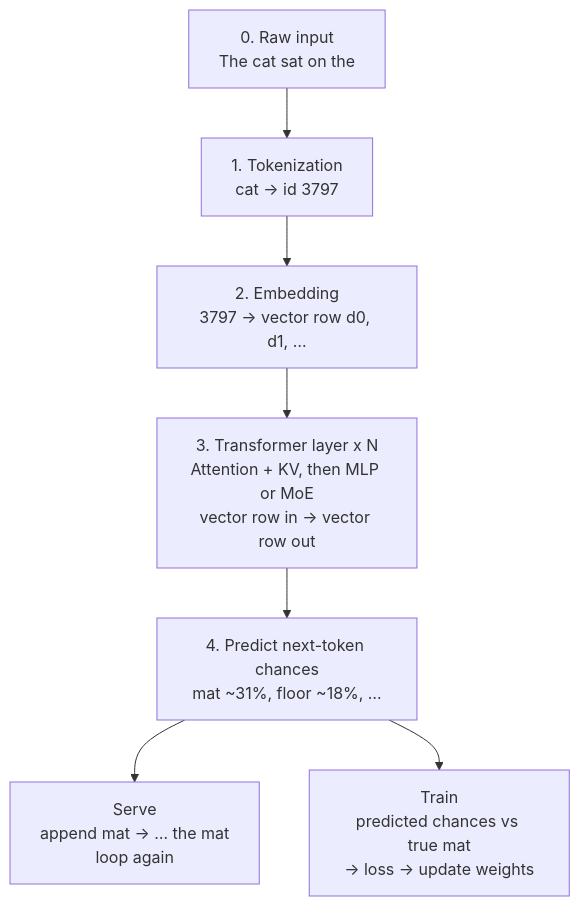
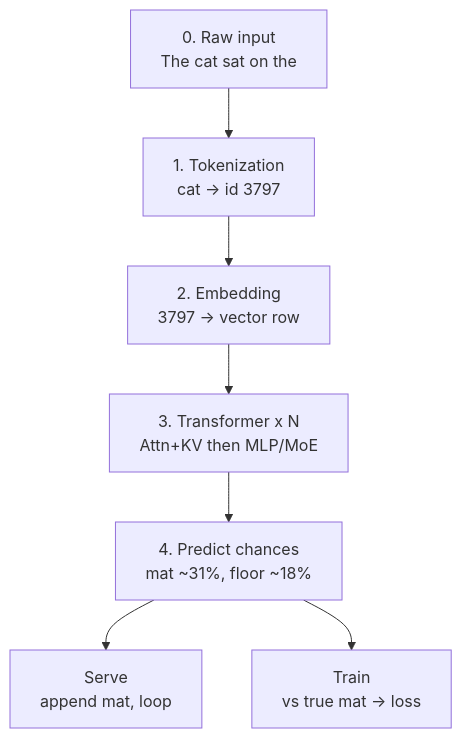
The first of 2 diagrams in README.md (Vince-0/AI_Theory), drawn with Mermaid before and after one commit. The commit also changed other lines of this file and 1 other file, not shown here.

Commit message:
Add sequence-of-rows figure; shorten Mermaid labels to avoid clipping.

````diff
--- a/README.md
+++ b/README.md
@@ -53,24 +53,14 @@
 ```mermaid
 flowchart TD
-  s0["0. Raw input
-The cat sat on the"]
-  s1["1. Tokenization
-cat → id 3797"]
-  s2["2. Embedding
-3797 → vector row d0, d1, …"]
-  s3["3. Transformer layer x N
-Attention + KV, then MLP or MoE
-vector row in → vector row out"]
-  s4["4. Predict next-token chances
-mat ~31%, floor ~18%, …"]
-  serve["Serve
-append mat → … the mat
-loop again"]
-  train["Train
-predicted chances vs true mat
-→ loss → update weights"]
+  s0["0. Raw input<br/>The cat sat on the"]
+  s1["1. Tokenization<br/>cat → id 3797"]
+  s2["2. Embedding<br/>3797 → vector row"]
+  s3["3. Transformer x N<br/>Attn+KV then MLP/MoE"]
+  s4["4. Predict chances<br/>mat ~31%, floor ~18%"]
+  serve["Serve<br/>append mat, loop"]
+  train["Train<br/>vs true mat → loss"]
 
   s0 --> s1 --> s2 --> s3 --> s4
   s4 --> serve
   s4 --> train
 ```
````
